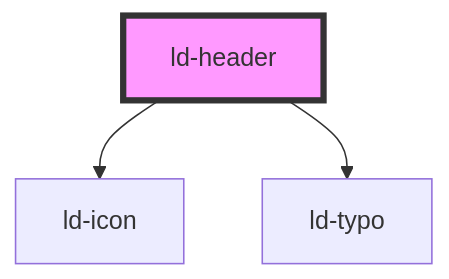
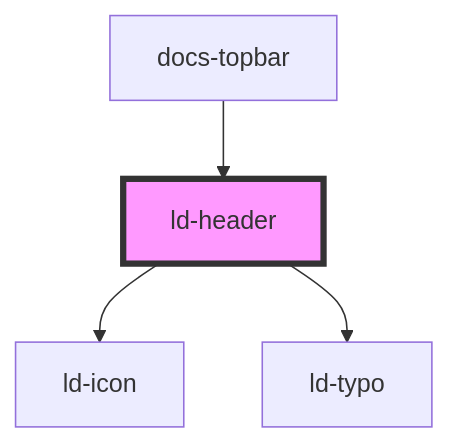
The diagram in src/liquid/components/ld-header/readme.md (emdgroup-liquid/liquid), drawn with Mermaid before and after one commit. The commit also changed other lines of this file and 16 other files, not shown here.

````diff
--- a/src/liquid/components/ld-header/readme.md
+++ b/src/liquid/components/ld-header/readme.md
@@ -343,6 +347,7 @@
 ```mermaid
 graph TD;
   ld-header --> ld-icon
   ld-header --> ld-typo
+  docs-topbar --> ld-header
   style ld-header fill:#f9f,stroke:#333,stroke-width:4px
 ```
````
